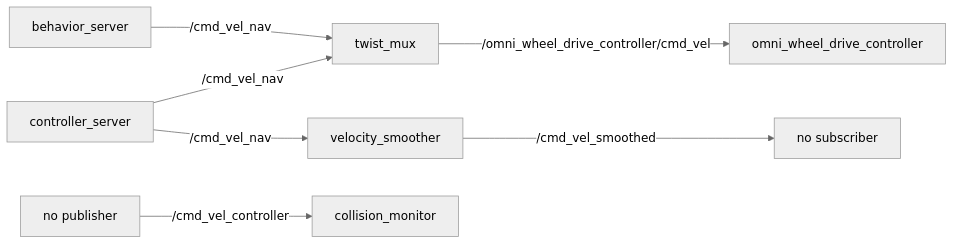
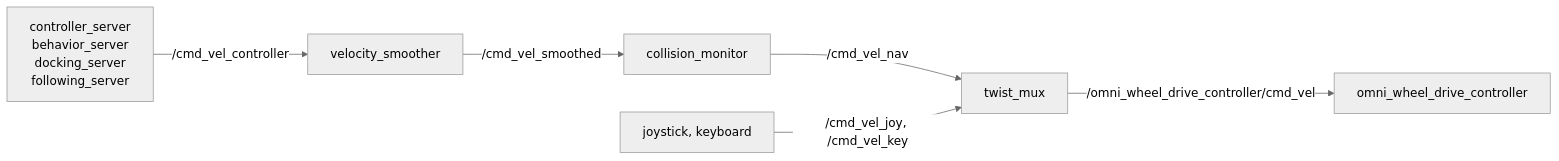
One commit to EIC-Robocup-2026/walkie-ros changed the diagram in docs/guides/navigation.md. Above: the diagram before and after it, drawn with Mermaid (neutral theme). The commit also changed other lines of this file and 12 other files, not shown here.

````diff
--- a/docs/guides/navigation.md
+++ b/docs/guides/navigation.md
@@ -272,9 +426,8 @@
     ```mermaid
     flowchart LR
-        C[controller_server] -->|"/cmd_vel_nav"| M[twist_mux]
-        B[behavior_server] -->|"/cmd_vel_nav"| M
+        C["controller_server<br/>behavior_server<br/>docking_server<br/>following_server"] -->|"/cmd_vel_controller"| S[velocity_smoother]
+        S -->|"/cmd_vel_smoothed"| CM[collision_monitor]
+        CM -->|"/cmd_vel_nav"| M[twist_mux]
+        J["joystick, keyboard"] -->|"/cmd_vel_joy, /cmd_vel_key"| M
         M -->|"/omni_wheel_drive_controller/cmd_vel"| W[omni_wheel_drive_controller]
-        C -->|"/cmd_vel_nav"| S[velocity_smoother]
-        S -->|"/cmd_vel_smoothed"| U["no subscriber"]
-        P["no publisher"] -->|"/cmd_vel_controller"| CM[collision_monitor]
     ```
````
